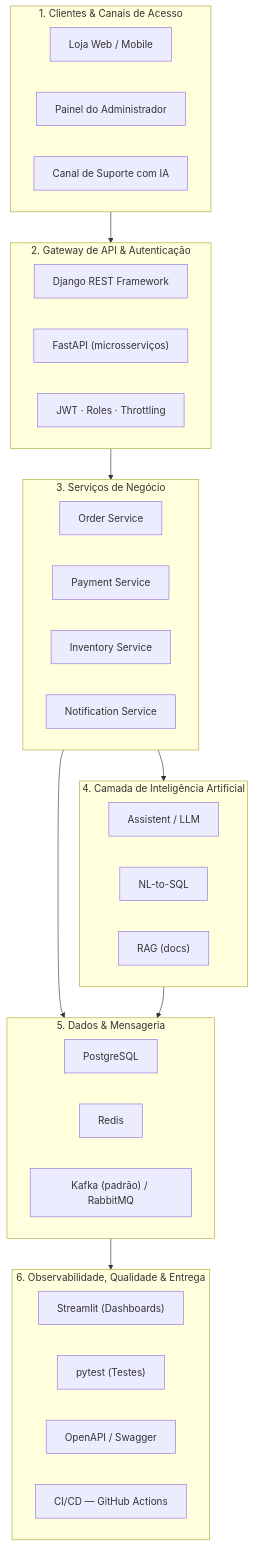
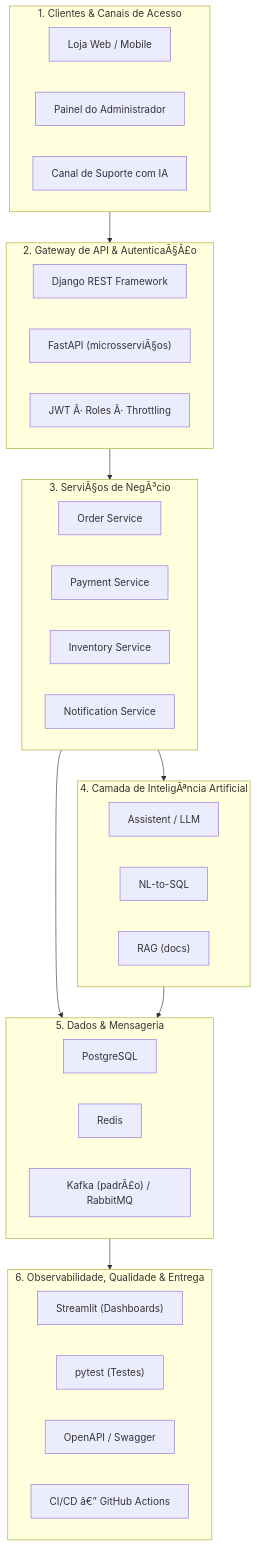
Before and after one commit to caiobarbosadocenteprofissional/synapseshop: the diagram in README.md, drawn with Mermaid. The commit also changed other lines of this file and 13 other files, not shown here.

````diff
--- a/README.md
+++ b/README.md
@@ -83,45 +83,45 @@
 ```mermaid
 flowchart TB
     subgraph C1["1. Clientes & Canais de Acesso"]
         A1["Loja Web / Mobile"]
         A2["Painel do Administrador"]
         A3["Canal de Suporte com IA"]
     end
 
-    subgraph C2["2. Gateway de API & Autenticação"]
+    subgraph C2["2. Gateway de API & AutenticaÃ§Ã£o"]
         B1["Django REST Framework"]
-        B2["FastAPI (microsserviços)"]
-        B3["JWT · Roles · Throttling"]
+        B2["FastAPI (microsserviÃ§os)"]
+        B3["JWT Â· Roles Â· Throttling"]
     end
 
-    subgraph C3["3. Serviços de Negócio"]
+    subgraph C3["3. ServiÃ§os de NegÃ³cio"]
         D1["Order Service"]
         D2["Payment Service"]
         D3["Inventory Service"]
         D4["Notification Service"]
     end
 
-    subgraph C4["4. Camada de Inteligência Artificial"]
+    subgraph C4["4. Camada de InteligÃªncia Artificial"]
         E1["Assistent / LLM"]
         E2["NL-to-SQL"]
         E3["RAG (docs)"]
     end
 
     subgraph C5["5. Dados & Mensageria"]
         F1["PostgreSQL"]
         F2["Redis"]
-        F3["Kafka (padrão) / RabbitMQ"]
+        F3["Kafka (padrÃ£o) / RabbitMQ"]
     end
 
     subgraph C6["6. Observabilidade, Qualidade & Entrega"]
         G1["Streamlit (Dashboards)"]
         G2["pytest (Testes)"]
         G3["OpenAPI / Swagger"]
-        G4["CI/CD — GitHub Actions"]
+        G4["CI/CD â€” GitHub Actions"]
     end
 
     C1 --> C2 --> C3 --> C4
     C3 --> C5
     C4 --> C5
     C5 --> C6
 ```
````
